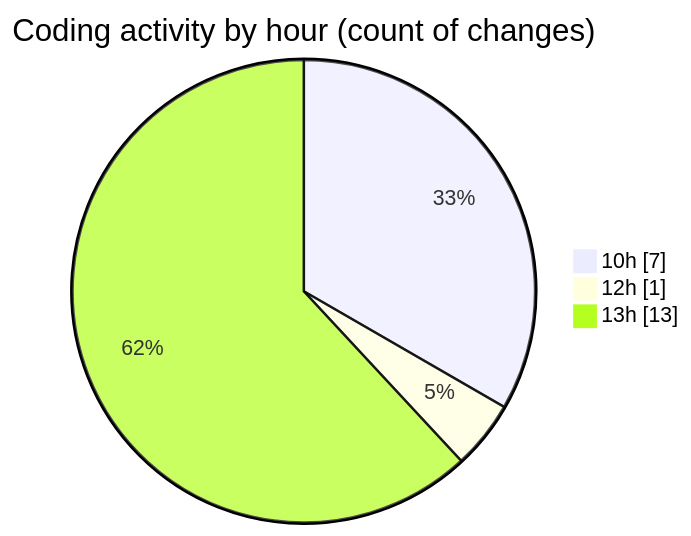
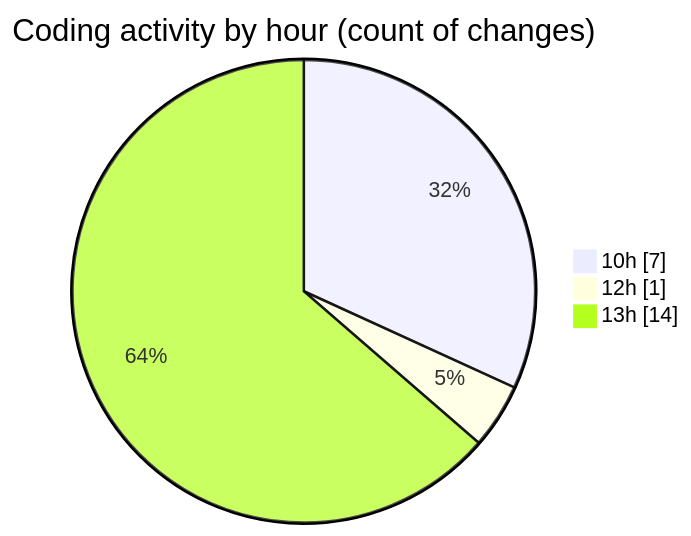
One commit to LanceThiago/code-tracking changed the second of 2 diagrams in 2025-01-14/oficina/README.md. Above: the diagram before and after it, drawn with Mermaid. The commit also changed other lines of this file and 1 other file, not shown here.

````diff
--- a/2025-01-14/oficina/README.md
+++ b/2025-01-14/oficina/README.md
@@ -31,7 +31,7 @@
 ```mermaid
 pie showData
 title Coding activity by hour (count of changes)
 "10h" : 7
 "12h" : 1
-"13h" : 13
+"13h" : 14
 ```
````
